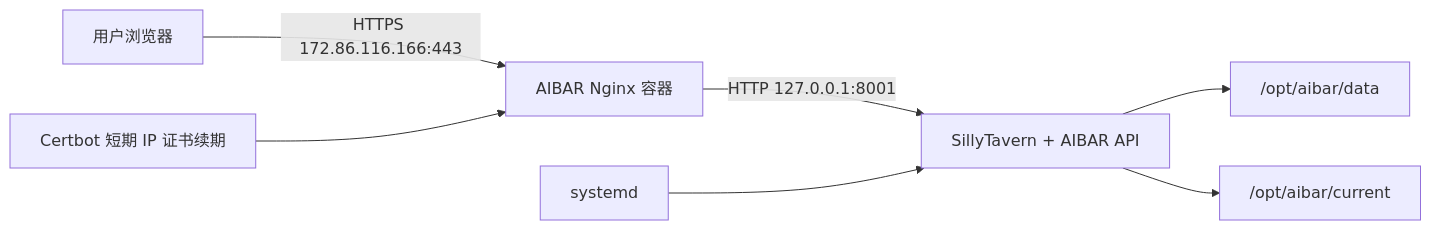
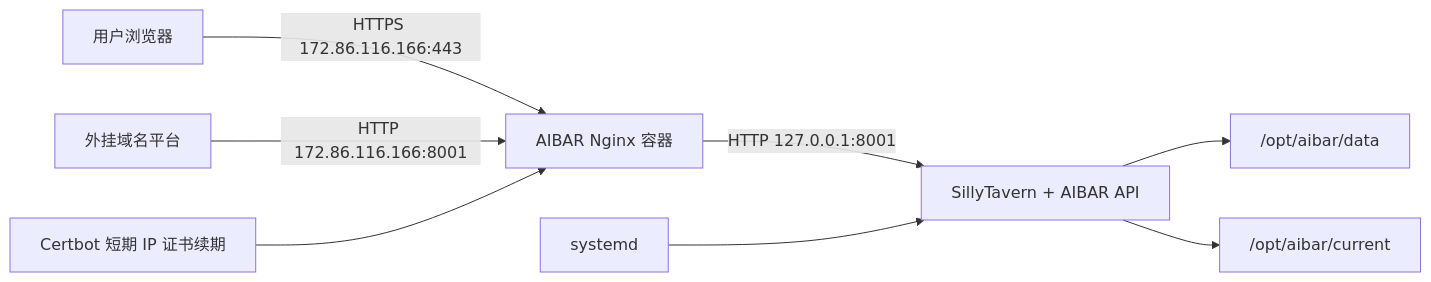
Before and after one commit to xianningqixi/AIBAR: the first of 2 diagrams in docs/server-deployment-plan.md, drawn with Mermaid. The commit also changed other lines of this file and 6 other files, not shown here.

````diff
--- a/docs/server-deployment-plan.md
+++ b/docs/server-deployment-plan.md
@@ -67,9 +70,10 @@
 ```mermaid
 flowchart LR
     Browser["用户浏览器"] -->|"HTTPS 172.86.116.166:443"| Proxy["AIBAR Nginx 容器"]
+    Domain["外挂域名平台"] -->|"HTTP 172.86.116.166:8001"| Proxy
     Proxy -->|"HTTP 127.0.0.1:8001"| App["SillyTavern + AIBAR API"]
     App --> Data["/opt/aibar/data"]
     App --> Release["/opt/aibar/current"]
     Certbot["Certbot 短期 IP 证书续期"] --> Proxy
     Systemd["systemd"] --> App
 ```
````
